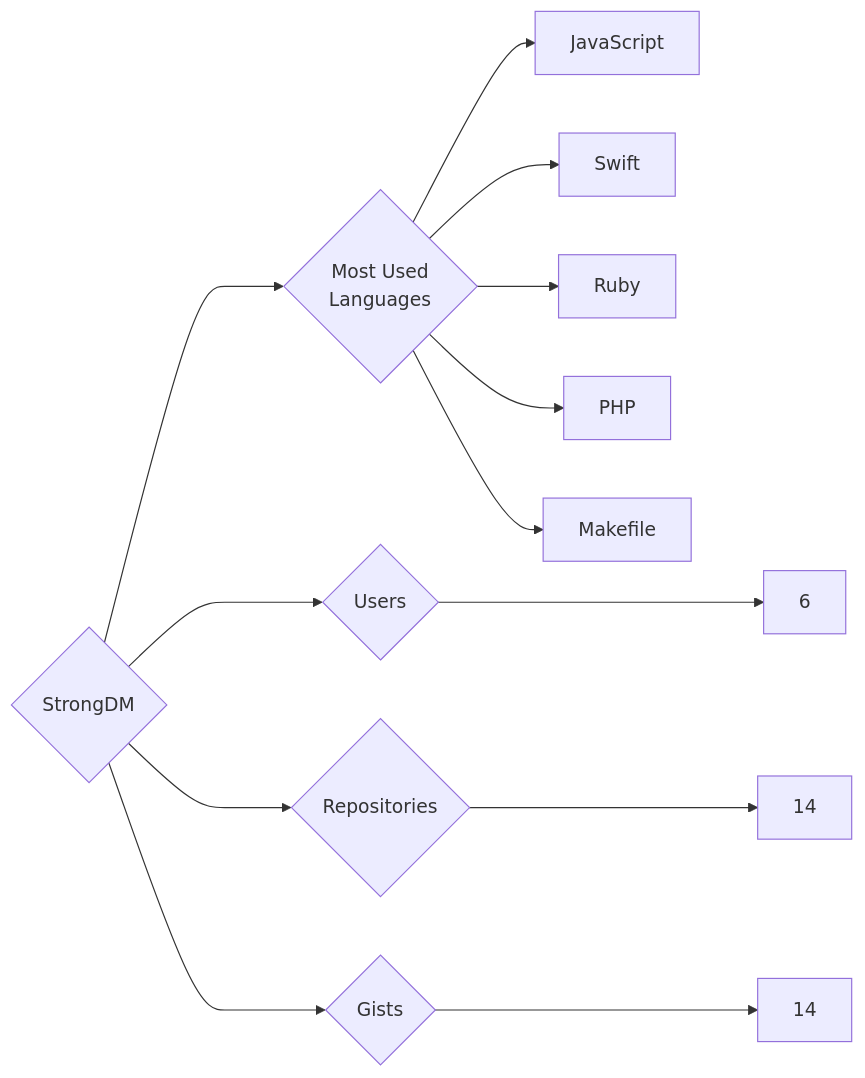
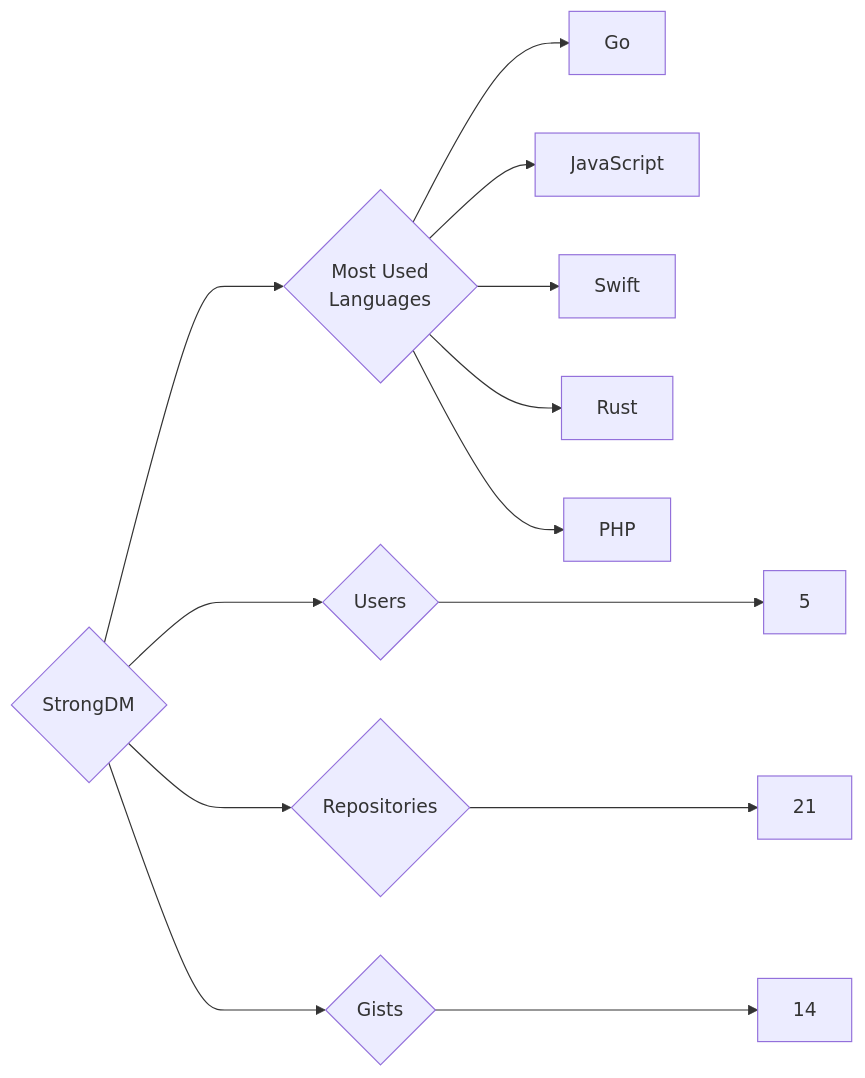
The diagram in targets/StrongDM/README.md (trickest/insiders), drawn with Mermaid before and after one commit. The commit also changed 964 other files, not shown here.

````diff
--- a/targets/StrongDM/README.md
+++ b/targets/StrongDM/README.md
@@ -3,13 +3,13 @@
 ```mermaid
 graph LR
 COMPANY_NAME{StrongDM}
-COMPANY_NAME ---> U{Users} ---> UN[6]
-COMPANY_NAME ---> R{Repositories} ---> RN[14]
+COMPANY_NAME ---> U{Users} ---> UN[5]
+COMPANY_NAME ---> R{Repositories} ---> RN[21]
 COMPANY_NAME ---> G{Gists} ---> GN[14]
 COMPANY_NAME ---> ML{Most Used<br>Languages}
+ML --> Go[Go]
 ML --> JavaScript[JavaScript]
 ML --> Swift[Swift]
-ML --> Ruby[Ruby]
+ML --> Rust[Rust]
 ML --> PHP[PHP]
-ML --> Makefile[Makefile]
 ```
````
